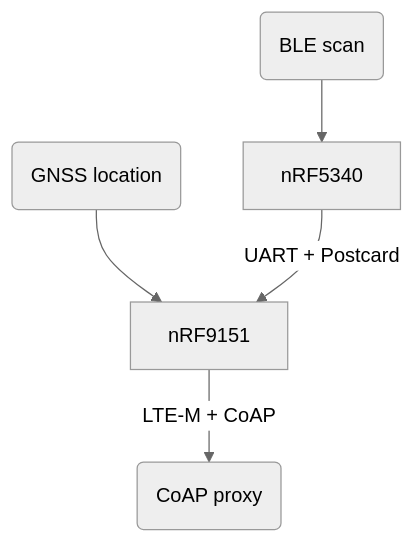
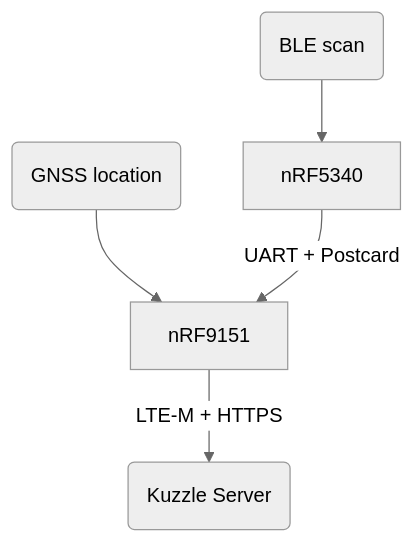
Before and after one commit to ariel-os/mobile-asset-tracker: the diagram in README.md, drawn with Mermaid (neutral theme). The commit also changed other lines of this file, not shown here.

Commit message:
docs: update readme to switch to https protocol

````diff
--- a/README.md
+++ b/README.md
@@ -29,7 +29,7 @@
 ```mermaid
 graph TD;
     B(BLE scan) --> nRF5340;
     G(GNSS location) --> nRF9151;
     nRF5340-->|UART + Postcard| nRF9151;
-    nRF9151-->|LTE-M + CoAP| P(CoAP proxy);
+    nRF9151-->|LTE-M + HTTPS| P(Kuzzle Server);
 ```
````
